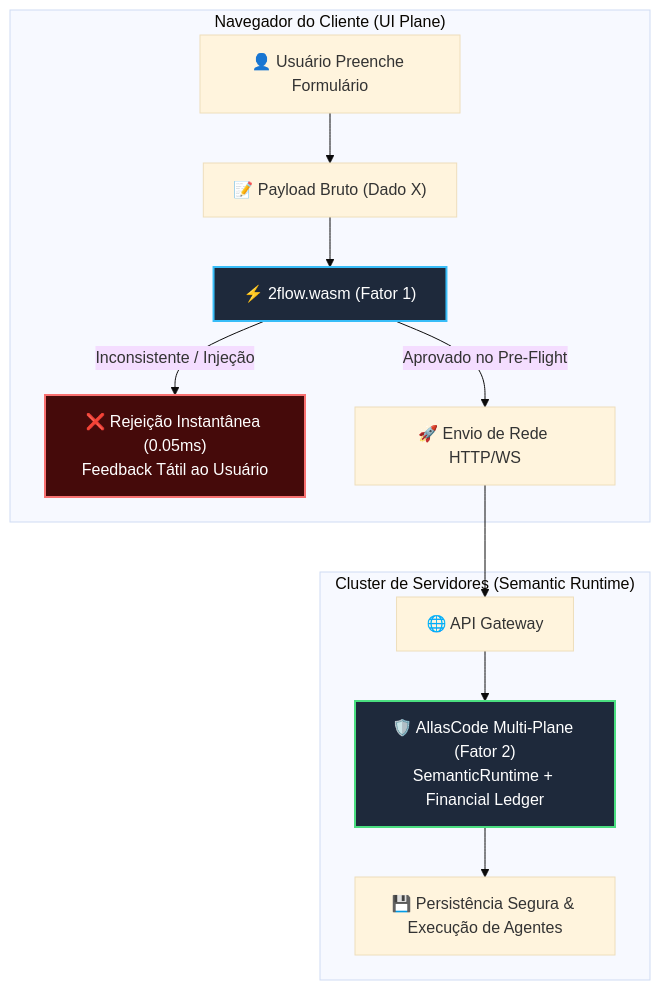
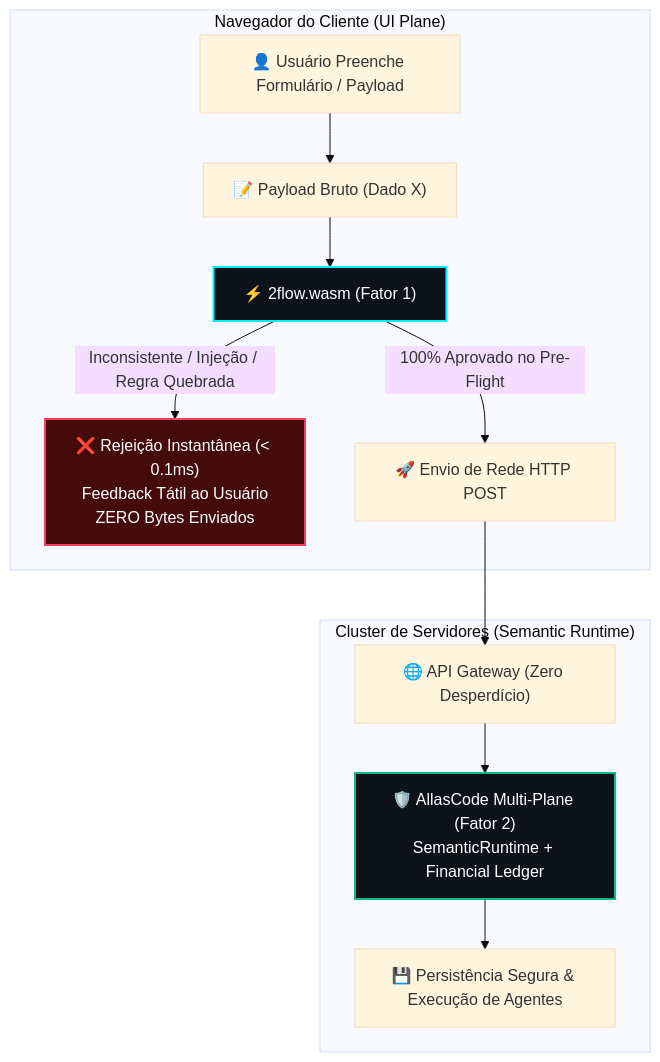
Before and after one commit to suissa/2flow: the first of 2 diagrams in docs/2FV-TWO-FACTOR-VALIDATION-WASM.md, drawn with Mermaid (base theme). The commit also changed other lines of this file and 21 other files, not shown here.

````diff
--- a/docs/2FV-TWO-FACTOR-VALIDATION-WASM.md
+++ b/docs/2FV-TWO-FACTOR-VALIDATION-WASM.md
@@ -17,19 +17,19 @@
 ```mermaid
 flowchart TD
     subgraph Browser ["Navegador do Cliente (UI Plane)"]
-        User["👤 Usuário Preenche Formulário"] --> Form["📝 Payload Bruto (Dado X)"]
+        User["👤 Usuário Preenche Formulário / Payload"] --> Form["📝 Payload Bruto (Dado X)"]
         Form --> WASM["⚡ 2flow.wasm (Fator 1)"]
-        WASM -- "Inconsistente / Injeção" --> Reject["❌ Rejeição Instantânea (0.05ms)<br/>Feedback Tátil ao Usuário"]
-        WASM -- "Aprovado no Pre-Flight" --> Net["🚀 Envio de Rede HTTP/WS"]
+        WASM -- "Inconsistente / Injeção / Regra Quebrada" --> Reject["❌ Rejeição Instantânea (< 0.1ms)<br/>Feedback Tátil ao Usuário<br/>ZERO Bytes Enviados"]
+        WASM -- "100% Aprovado no Pre-Flight" --> Net["🚀 Envio de Rede HTTP POST"]
     end
 
     subgraph BackendCluster ["Cluster de Servidores (Semantic Runtime)"]
-        Net --> Gateway["🌐 API Gateway"]
+        Net --> Gateway["🌐 API Gateway (Zero Desperdício)"]
         Gateway --> ServerRuntime["🛡️ AllasCode Multi-Plane (Fator 2)<br/>SemanticRuntime + Financial Ledger"]
         ServerRuntime --> Persist["💾 Persistência Segura & Execução de Agentes"]
     end
 
-    style WASM fill:#1e293b,stroke:#38bdf8,stroke-width:2px,color:#fff
-    style ServerRuntime fill:#1e293b,stroke:#4ade80,stroke-width:2px,color:#fff
-    style Reject fill:#450a0a,stroke:#f87171,stroke-width:2px,color:#fff
+    style WASM fill:#0e121b,stroke:#00f0ff,stroke-width:2px,color:#fff
+    style ServerRuntime fill:#0e121b,stroke:#10b981,stroke-width:2px,color:#fff
+    style Reject fill:#450a0a,stroke:#f43f5e,stroke-width:2px,color:#fff
 ```
````
